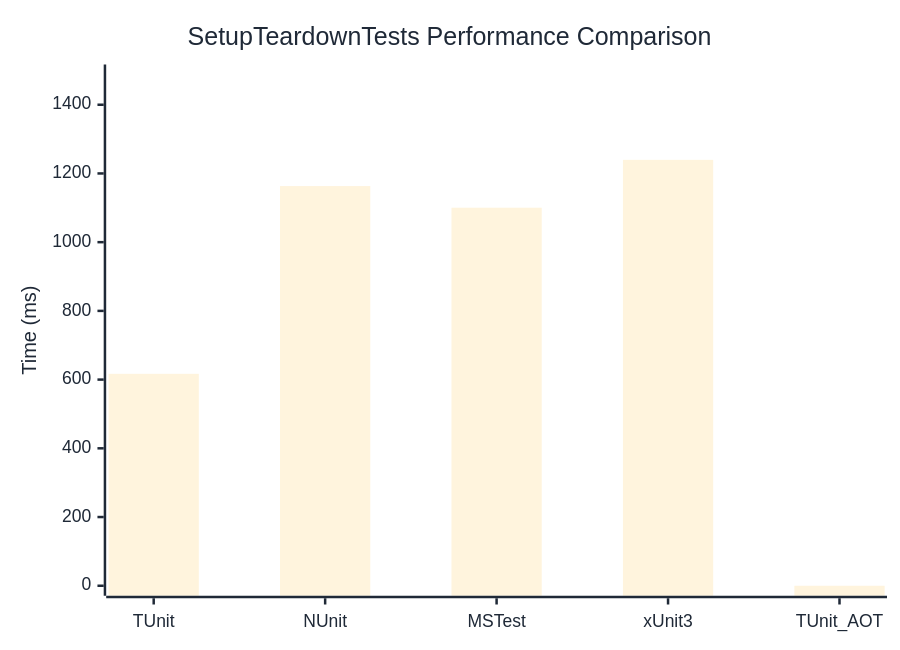
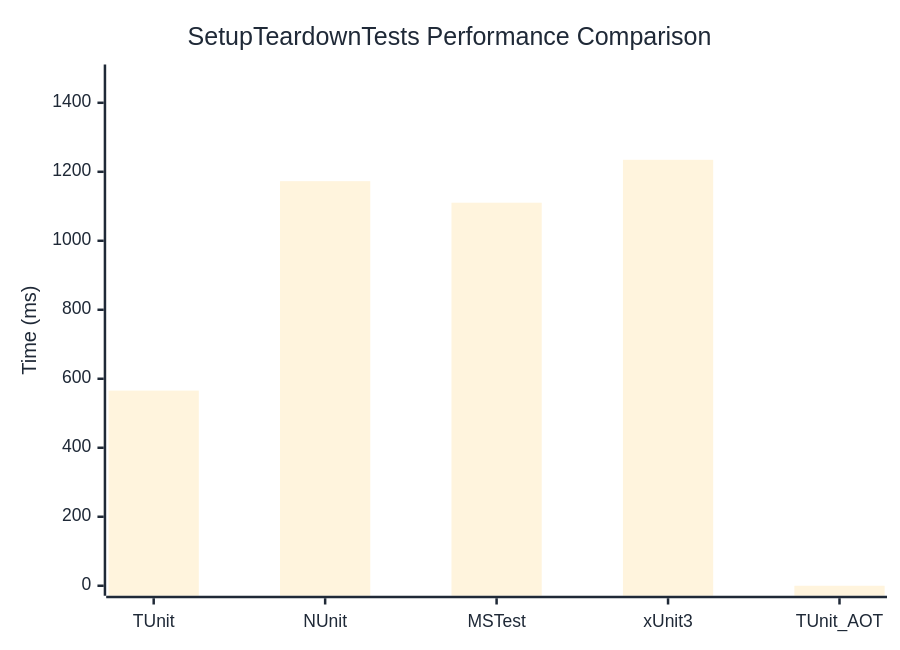
One commit to thomhurst/TUnit changed the diagram in docs/docs/benchmarks/SetupTeardownTests.md. Above: the diagram before and after it, drawn with Mermaid. The commit also changed other lines of this file and 17 other files, not shown here.

````diff
--- a/docs/docs/benchmarks/SetupTeardownTests.md
+++ b/docs/docs/benchmarks/SetupTeardownTests.md
@@ -27,37 +27,37 @@
 ```mermaid
 %%{init: {
   'theme':'base',
   'themeVariables': {
     'primaryColor': '#2563eb',
     'primaryTextColor': '#1f2937',
     'primaryBorderColor': '#1e40af',
     'lineColor': '#6b7280',
     'secondaryColor': '#7c3aed',
     'tertiaryColor': '#dc2626',
     'background': '#ffffff',
     'mainBkg': '#2563eb',
     'secondBkg': '#7c3aed',
     'tertiaryBkg': '#dc2626',
     'clusterBkg': '#f3f4f6',
     'edgeLabelBackground': '#ffffff',
     'tertiaryTextColor': '#1f2937',
     'pie1': '#2563eb',
     'pie2': '#7c3aed',
     'pie3': '#dc2626',
     'pie4': '#f59e0b',
     'pie5': '#10b981',
     'pie6': '#06b6d4',
     'pie7': '#ec4899',
     'pie8': '#6366f1',
     'pie9': '#84cc16',
     'pie10': '#f97316',
     'pie11': '#14b8a6',
     'pie12': '#a855f7'
   }
 }}%%
 xychart-beta
   title "SetupTeardownTests Performance Comparison"
   x-axis ["TUnit", "NUnit", "MSTest", "xUnit3", "TUnit_AOT"]
-  y-axis "Time (ms)" 0 --> 1488
-  bar [616.8, 1163.3, 1100.3, 1239.6, 0]
+  y-axis "Time (ms)" 0 --> 1482
+  bar [565.7, 1172.8, 1110.4, 1234.7, 0]
 ```
````
